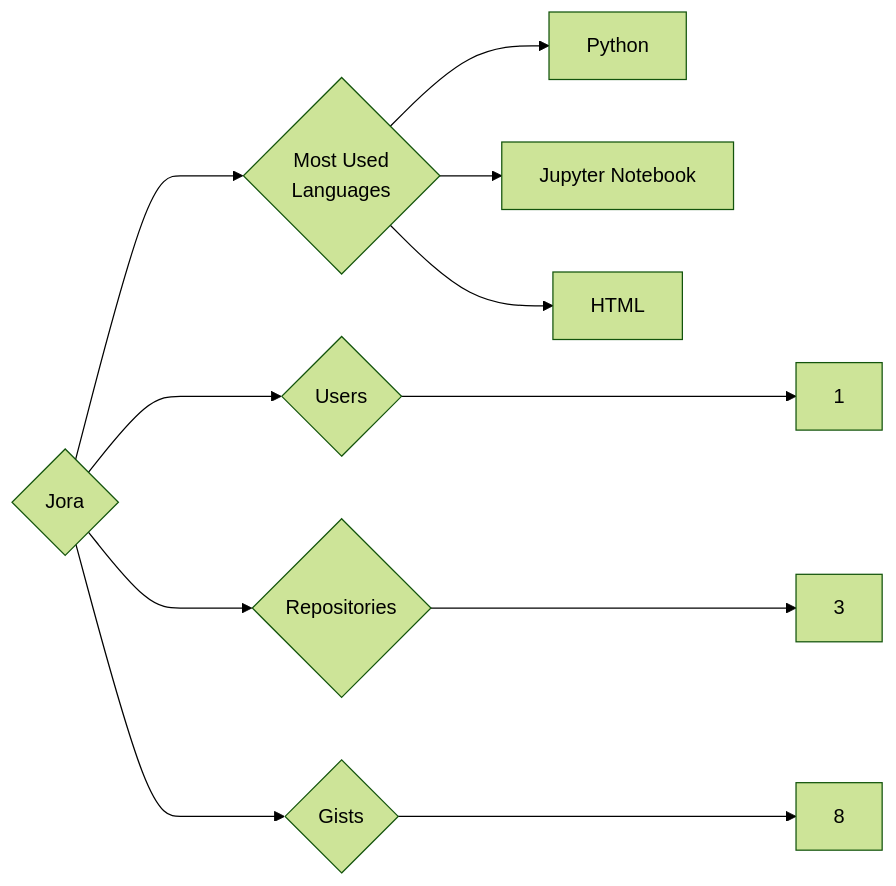
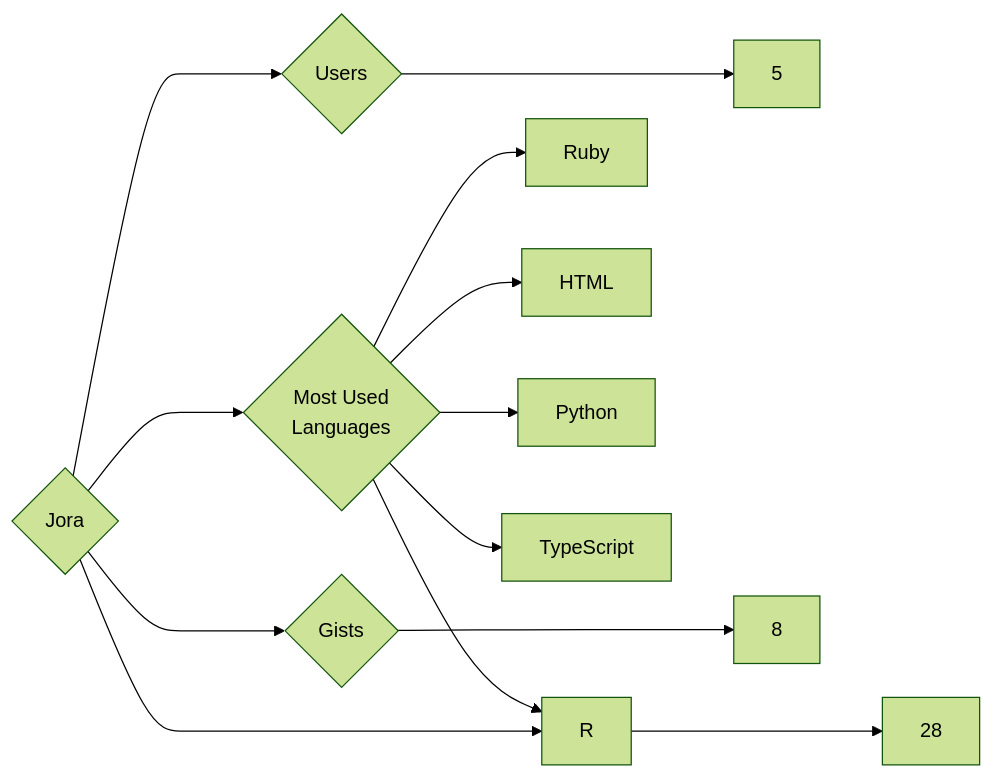
Before and after one commit to trickest/insiders: the diagram in targets/Jora/README.md, drawn with Mermaid (forest theme). The commit also changed 1195 other files, not shown here.

````diff
--- a/targets/Jora/README.md
+++ b/targets/Jora/README.md
@@ -3,11 +3,13 @@
 ```mermaid
 graph LR
 COMPANY_NAME{Jora}
-COMPANY_NAME ---> U{Users} ---> UN[1]
-COMPANY_NAME ---> R{Repositories} ---> RN[3]
+COMPANY_NAME ---> U{Users} ---> UN[5]
+COMPANY_NAME ---> R{Repositories} ---> RN[28]
 COMPANY_NAME ---> G{Gists} ---> GN[8]
 COMPANY_NAME ---> ML{Most Used<br>Languages}
+ML --> Ruby[Ruby]
+ML --> HTML[HTML]
 ML --> Python[Python]
-ML --> Jupyter_Notebook[Jupyter Notebook]
-ML --> HTML[HTML]
+ML --> R[R]
+ML --> TypeScript[TypeScript]
 ```
````
